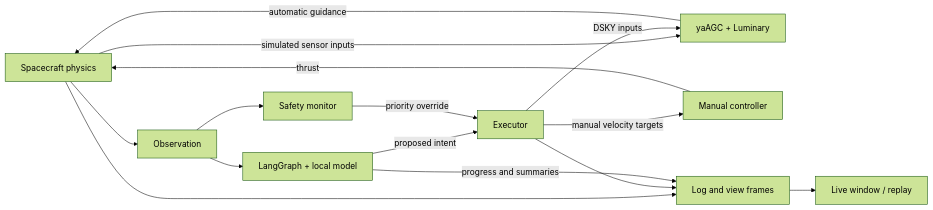
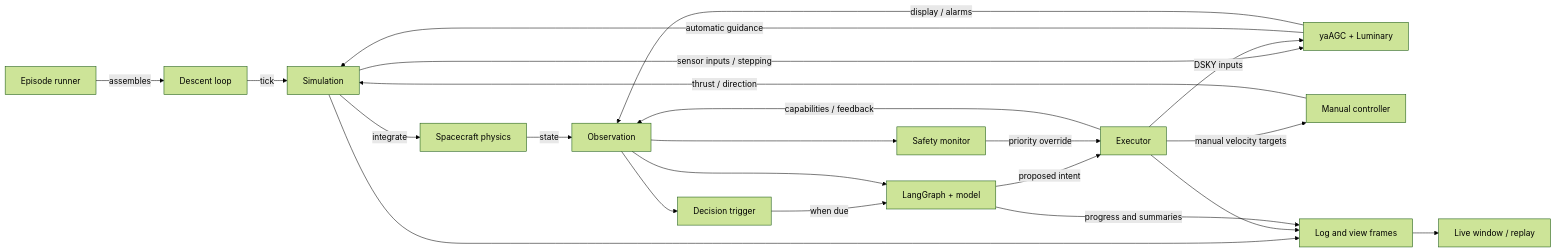
One commit to GiulioRusso/lunar-agent-module changed the first of 6 diagrams in README.md. Above: the diagram before and after it, drawn with Mermaid (forest theme). The commit also changed other lines of this file, not shown here.

Commit message:
Document agent architecture and execution environments

````diff
--- a/README.md
+++ b/README.md
@@ -252,17 +254,24 @@
 ```mermaid
 flowchart LR
-    Plant["Spacecraft physics"] -->|simulated sensor inputs| AGC["yaAGC + Luminary"]
-    AGC -->|automatic guidance| Plant
-    Plant --> Obs["Observation"]
-    Obs --> Agent["LangGraph + local model"]
+    Episode["Episode runner"] -->|assembles| Loop["Descent loop"]
+    Loop -->|tick| Sim["Simulation"]
+    Sim -->|integrate| Plant["Spacecraft physics"]
+    Sim -->|sensor inputs / stepping| AGC["yaAGC + Luminary"]
+    AGC -->|automatic guidance| Sim
+    Plant -->|state| Obs["Observation"]
+    AGC -->|display / alarms| Obs
+    Obs --> Trigger["Decision trigger"]
+    Trigger -->|when due| Agent["LangGraph + model"]
+    Obs --> Agent
     Obs --> Safety["Safety monitor"]
     Agent -->|proposed intent| Executor["Executor"]
     Safety -->|priority override| Executor
+    Executor -->|capabilities / feedback| Obs
     Executor -->|manual velocity targets| Controller["Manual controller"]
-    Controller -->|thrust| Plant
+    Controller -->|thrust / direction| Sim
     Executor -->|DSKY inputs| AGC
-    Plant --> Records["Log and view frames"]
+    Sim --> Records["Log and view frames"]
     Executor --> Records
     Agent -->|progress and summaries| Records
     Records --> Viewer["Live window / replay"]
 ```
````
